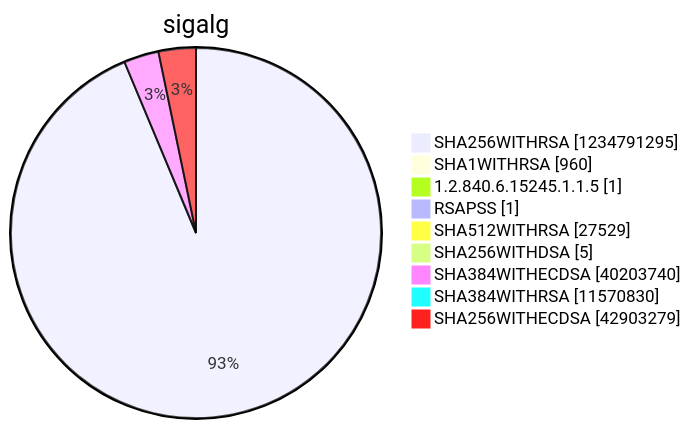
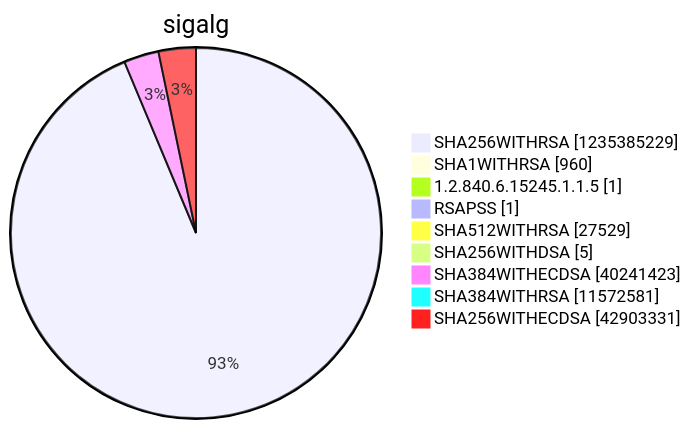
Diagram 15 of 15 in argon2022/README.md (christiankrug/ctmonitor_visualization), drawn with Mermaid before and after one commit. The commit also changed other lines of this file, not shown here.

````diff
--- a/argon2022/README.md
+++ b/argon2022/README.md
@@ -5522,13 +5522,13 @@
 ```mermaid
 pie showData
 title sigalg
-"SHA256WITHRSA" :1234791295
+"SHA256WITHRSA" :1235385229
 "SHA1WITHRSA" :960
 "1.2.840.6.15245.1.1.5" :1
 "RSAPSS" :1
 "SHA512WITHRSA" :27529
 "SHA256WITHDSA" :5
-"SHA384WITHECDSA" :40203740
-"SHA384WITHRSA" :11570830
-"SHA256WITHECDSA" :42903279
+"SHA384WITHECDSA" :40241423
+"SHA384WITHRSA" :11572581
+"SHA256WITHECDSA" :42903331
 ```
````
